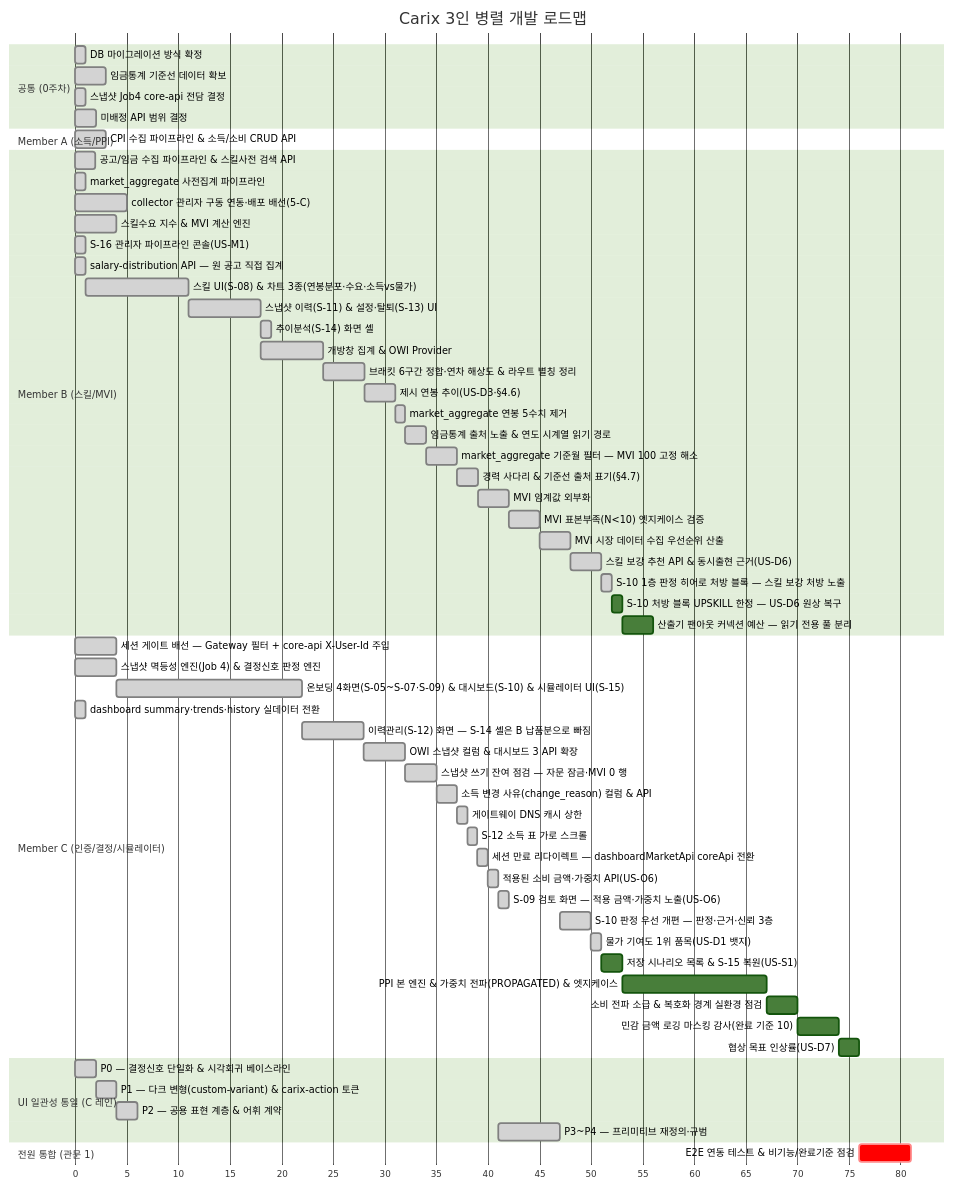
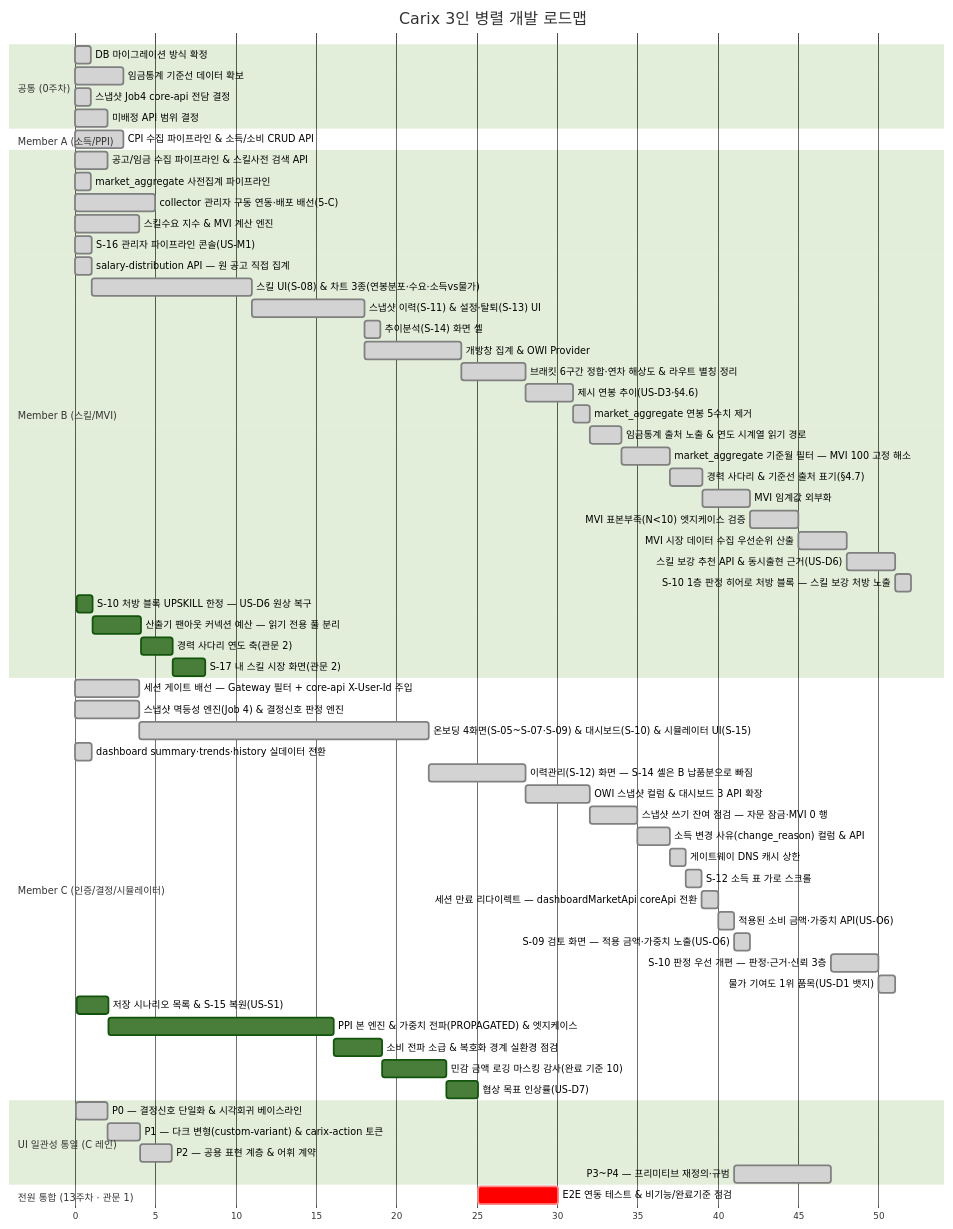
The first of 2 diagrams in docs/plans/carix-dev-plan.md (SeoHyeokGyu/Carix), drawn with Mermaid (forest theme) before and after one commit. The commit also changed other lines of this file, not shown here.

````diff
--- a/docs/plans/carix-dev-plan.md
+++ b/docs/plans/carix-dev-plan.md
@@ -91,65 +94,67 @@
 ```mermaid
 gantt
     title Carix 3인 병렬 개발 로드맵
     dateFormat X
     axisFormat %s
     section 공통 (0주차)
     DB 마이그레이션 방식 확정 :done, c0a, 0, 1s
     임금통계 기준선 데이터 확보 :done, a0, 3, 3s
     스냅샷 Job4 core-api 전담 결정 :done, i0, 7, 1s
     미배정 API 범위 결정 :done, c0, 7, 2s
     section Member A (소득/PPI)
     CPI 수집 파이프라인 & 소득/소비 CRUD API :done, a1, 12, 3s
     section Member B (스킬/MVI)
     공고/임금 수집 파이프라인 & 스킬사전 검색 API :done, b1, 2, 2s
     market_aggregate 사전집계 파이프라인 :done, b2a, 3, 1s
     collector 관리자 구동 연동·배포 배선(5-C) :done, b0, 7, 5s
     스킬수요 지수 & MVI 계산 엔진 :done, b2, 8, 4s
     S-16 관리자 파이프라인 콘솔(US-M1) :done, b16, 14, 1s
     salary-distribution API — 원 공고 직접 집계 :done, b3a, 15, 1s
     스킬 UI(S-08) & 차트 3종(연봉분포·수요·소득vs물가) :done, b3, after b3a, 10s
     스냅샷 이력(S-11) & 설정·탈퇴(S-13) UI :done, b4, after b3, 7s
     추이분석(S-14) 화면 셸 :done, b4a, after b4, 1s
     개방창 집계 & OWI Provider :done, b6, after b4, 6s
     브래킷 6구간 정합·연차 해상도 & 라우트 별칭 정리 :done, b7, after b6, 4s
     제시 연봉 추이(US-D3·§4.6) :done, b10, after b7, 3s
     market_aggregate 연봉 5수치 제거 :done, b11, after b10, 1s
     임금통계 출처 노출 & 연도 시계열 읽기 경로 :done, b13, after b11, 2s
     market_aggregate 기준월 필터 — MVI 100 고정 해소 :done, b18, after b13, 3s
     경력 사다리 & 기준선 출처 표기(§4.7) :done, b12, after b18, 2s
     MVI 임계값 외부화 :done, b8, after b12, 3s
     MVI 표본부족(N<10) 엣지케이스 검증 :done, b8a, after b8, 3s
     MVI 시장 데이터 수집 우선순위 산출 :done, b8b, after b8a, 3s
     스킬 보강 추천 API & 동시출현 근거(US-D6) :done, b9, after b8b, 3s
     S-10 1층 판정 히어로 처방 블록 — 스킬 보강 처방 노출 :done, b15, after b9, 1s
-    S-10 처방 블록 UPSKILL 한정 — US-D6 원상 복구 :b20, after b15, 1s
+    S-10 처방 블록 UPSKILL 한정 — US-D6 원상 복구 :b20, 83, 1s
     산출기 팬아웃 커넥션 예산 — 읽기 전용 풀 분리 :b17, after b20, 3s
+    경력 사다리 연도 축(관문 2) :b14, after b17, 2s
+    S-17 내 스킬 시장 화면(관문 2) :b19, after b14, 2s
     section Member C (인증/결정/시뮬레이터)
     세션 게이트 배선 — Gateway 필터 + core-api X-User-Id 주입 :done, c0b, 7, 4s
     스냅샷 멱등성 엔진(Job 4) & 결정신호 판정 엔진 :done, c2, 8, 4s
     온보딩 4화면(S-05~S-07·S-09) & 대시보드(S-10) & 시뮬레이터 UI(S-15) :done, c3, after c2, 18s
     dashboard summary·trends·history 실데이터 전환 :done, c4a, 15, 1s
     이력관리(S-12) 화면 — S-14 셸은 B 납품분으로 빠짐 :done, c4, after c3, 6s
     OWI 스냅샷 컬럼 & 대시보드 3 API 확장 :done, c6, after c4, 4s
     스냅샷 쓰기 잔여 점검 — 자문 잠금·MVI 0 행 :done, c5, after c6, 3s
     소득 변경 사유(change_reason) 컬럼 & API :done, c10, after c5, 2s
     게이트웨이 DNS 캐시 상한 :done, c7, after c10, 1s
     S-12 소득 표 가로 스크롤 :done, c13, after c7, 1s
     세션 만료 리다이렉트 — dashboardMarketApi coreApi 전환 :done, c16, after c13, 1s
     적용된 소비 금액·가중치 API(US-O6) :done, c11, after c16, 1s
     S-09 검토 화면 — 적용 금액·가중치 노출(US-O6) :done, c17, after c11, 1s
     S-10 판정 우선 개편 — 판정·근거·신뢰 3층 :done, c15, after ui3, 3s
     물가 기여도 1위 품목(US-D1 뱃지) :done, c12, after c15, 1s
-    저장 시나리오 목록 & S-15 복원(US-S1) :c9, after c12, 2s
+    저장 시나리오 목록 & S-15 복원(US-S1) :c9, 83, 2s
     PPI 본 엔진 & 가중치 전파(PROPAGATED) & 엣지케이스 :a2, after c9, 14s
     소비 전파 소급 & 복호화 경계 실환경 점검 :a12, after a2, 3s
     민감 금액 로깅 마스킹 감사(완료 기준 10) :a7, after a12, 4s
     협상 목표 인상률(US-D7) :c8, after a7, 2s
     section UI 일관성 통일 (C 레인)
     P0 — 결정신호 단일화 & 시각회귀 베이스라인 :done, ui0, 33, 2s
     P1 — 다크 변형(custom-variant) & carix-action 토큰 :done, ui1, after ui0, 2s
     P2 — 공용 표현 계층 & 어휘 계약 :done, ui2, after ui1, 2s
     P3~P4 — 프리미티브 재정의·규범 :done, ui3, after c11, 6s
-    section 전원 통합 (관문 1)
+    section 전원 통합 (13주차 · 관문 1)
     E2E 연동 테스트 & 비기능/완료기준 점검 :crit, e2e, after b17 c8, 5s
 ```
````
